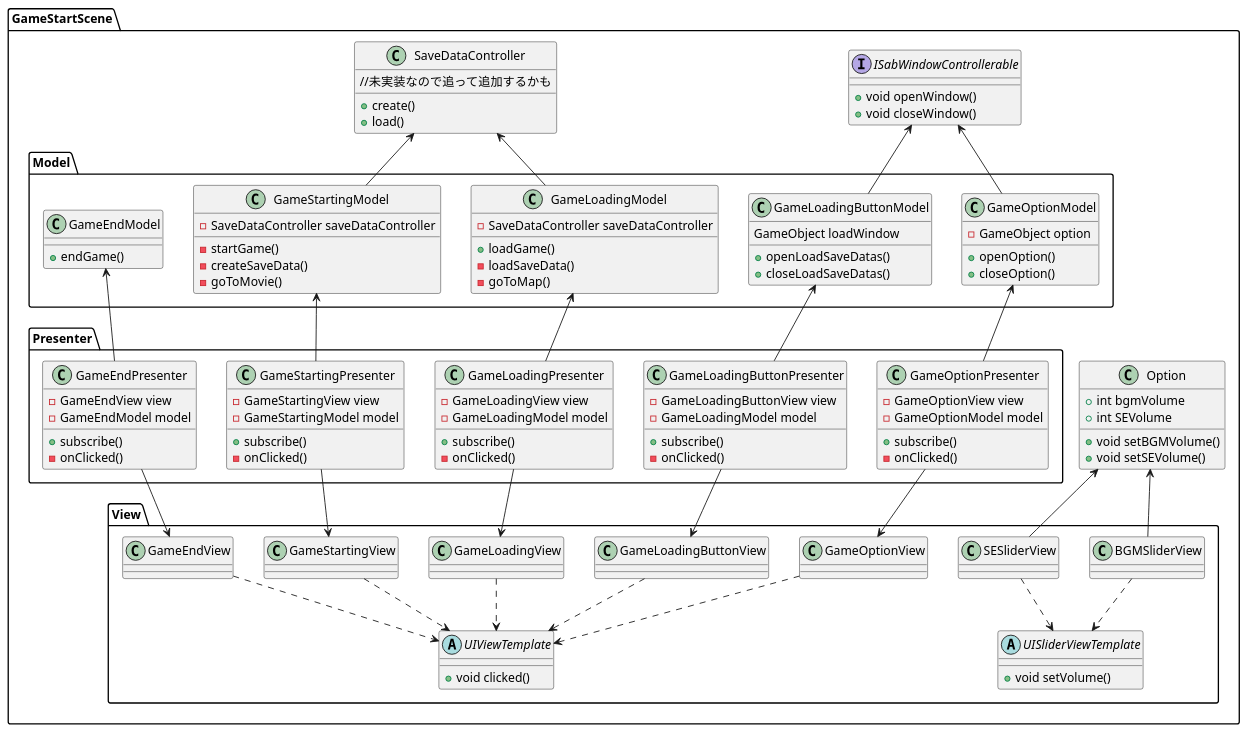
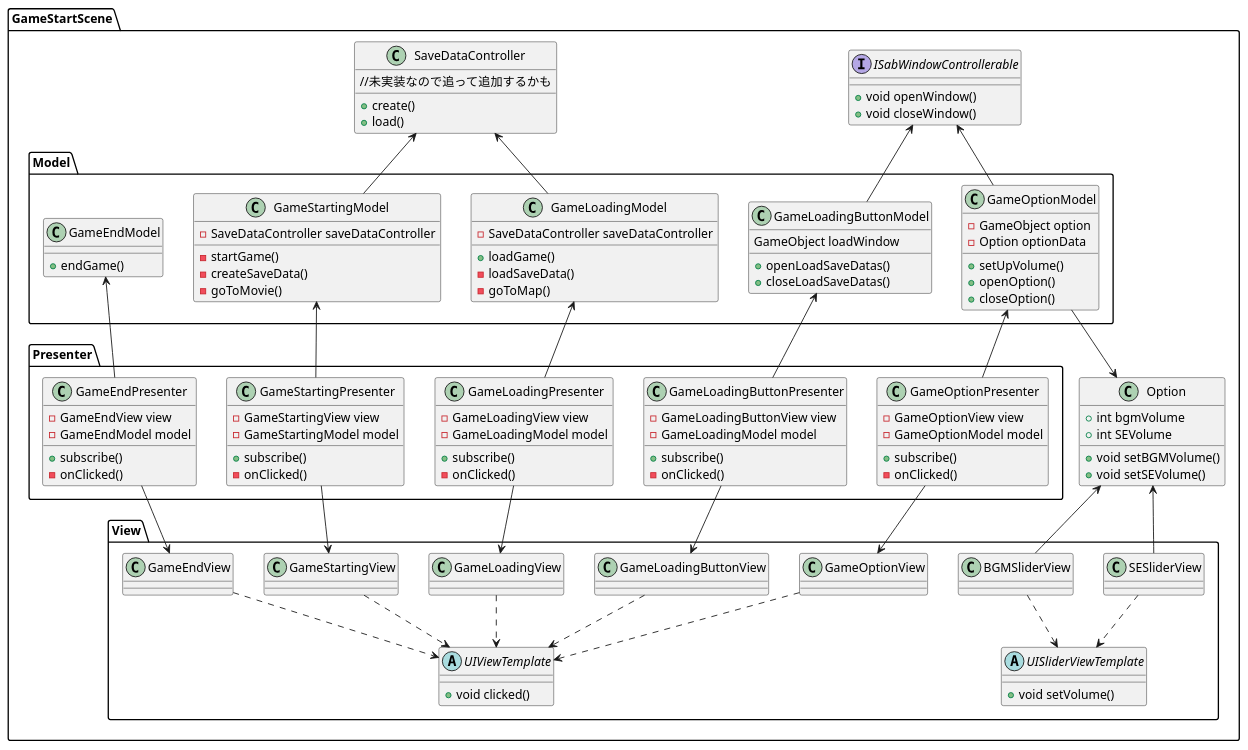
One commit to 44yyp9/Slow-dancer changed the diagram in Assets/ScripArchitecture/StartSceneScriptArchitecture.pu. Above: the diagram before and after it, drawn with PlantUML. The commit also changed 20 other files, not shown here.

```diff
--- a/Assets/ScripArchitecture/StartSceneScriptArchitecture.pu
+++ b/Assets/ScripArchitecture/StartSceneScriptArchitecture.pu
@@ -1,125 +1,128 @@
 @startuml StartSceneScriptArchitecture
 namespace GameStartScene{
     namespace View{
         abstract class UIViewTemplate{
             +void clicked()
         }
         abstract class UISliderViewTemplate{
             +void setVolume()
         }
         class GameStartingView{
         }
         class GameLoadingButtonView{
         }
         class GameOptionView{
         }
         class GameLoadingView{
         }
         class BGMSliderView{
         }
         class SESliderView{
         }
         class GameEndView{
         }
         GameStartingView .down.> UIViewTemplate
         GameLoadingButtonView .down.> UIViewTemplate
         GameLoadingView .down.> UIViewTemplate
         GameOptionView .down.> UIViewTemplate
         GameEndView .down.> UIViewTemplate
         BGMSliderView .down.> UISliderViewTemplate
         SESliderView .down.> UISliderViewTemplate
     }
     namespace Presenter{
         class GameStartingPresenter{
             -GameStartingView view
             -GameStartingModel model
             +subscribe()
             -onClicked()
         }
         class GameLoadingButtonPresenter{
             -GameLoadingButtonView view
             -GameLoadingModel model
             +subscribe()
             -onClicked()
         }
         class GameLoadingPresenter{
             -GameLoadingView view
             -GameLoadingModel model
             +subscribe()
             -onClicked()
         }
         class GameOptionPresenter{
             -GameOptionView view
             -GameOptionModel model
             +subscribe()
             -onClicked()
         }
         class GameEndPresenter{
             -GameEndView view
             -GameEndModel model
             +subscribe()
             -onClicked()
         }
     }
     namespace Model{
         class GameStartingModel{
             -SaveDataController saveDataController
             -startGame()
             -createSaveData()
             -goToMovie()
         }
         class GameLoadingButtonModel{
             GameObject loadWindow
             +openLoadSaveDatas()
             +closeLoadSaveDatas()
         }
         class GameLoadingModel{
             -SaveDataController saveDataController
             +loadGame()
             -loadSaveData()
             -goToMap()
         }
         class GameOptionModel{
             -GameObject option
+            -Option optionData
+            +setUpVolume()
             +openOption()
             +closeOption()
         }
         class GameEndModel{
             +endGame()
         }
     }
     class SaveDataController{
         //未実装なので追って追加するかも
         +create()
         +load()
     }
     static class Option{
         +int bgmVolume
         +int SEVolume
         +void setBGMVolume()
         +void setSEVolume()
     }
     interface ISabWindowControllerable{
         +void openWindow()
         +void closeWindow()
     }
     GameStartingModel -up-> SaveDataController
     GameLoadingModel -up-> SaveDataController
     GameStartingPresenter -up-> GameStartingModel
     GameStartingPresenter -down-> GameStartingView
     GameLoadingButtonPresenter -up-> GameLoadingButtonModel
     GameLoadingButtonPresenter -down-> GameLoadingButtonView
     GameLoadingPresenter -up-> GameLoadingModel
     GameLoadingPresenter -down-> GameLoadingView
     GameOptionPresenter -up-> GameOptionModel
     GameOptionPresenter -down-> GameOptionView
     GameEndPresenter -up-> GameEndModel
     GameEndPresenter -down-> GameEndView
     SESliderView -up-> Option
     BGMSliderView -up-> Option
     GameOptionModel -up-> ISabWindowControllerable
     GameLoadingButtonModel -up-> ISabWindowControllerable
+    GameOptionModel -down-> Option
 }
 
 
 @enduml
```
